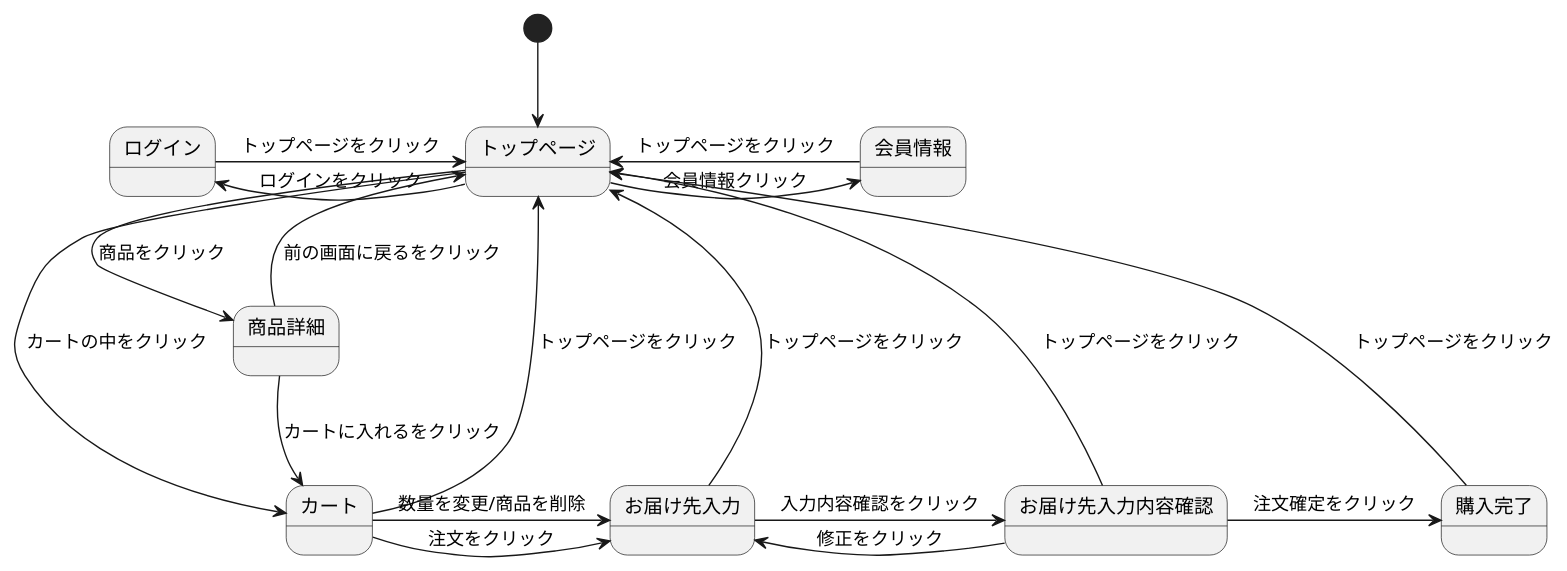
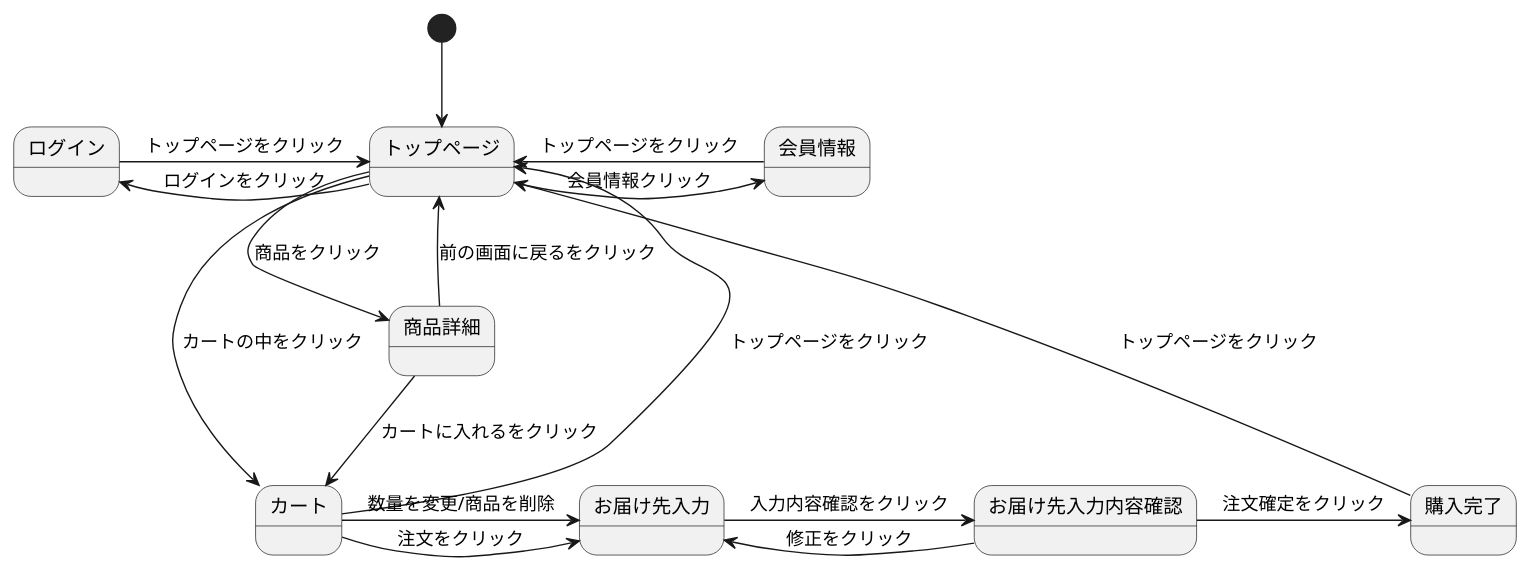
The diagram in test.md (Aso2001413/2021sys-design), drawn with PlantUML before and after one commit.

````diff
--- a/test.md
+++ b/test.md
@@ -1,23 +1,21 @@
 ```uml
 @startuml
 [*] --> トップページ
 トップページ -> 会員情報 : 会員情報クリック
 トップページ -left-> ログイン : ログインをクリック
 トップページ --> 商品詳細 : 商品をクリック
 トップページ --> カート : カートの中をクリック
 ログイン -> トップページ : トップページをクリック
 商品詳細 --> カート : カートに入れるをクリック
 商品詳細 --> トップページ : 前の画面に戻るをクリック
 会員情報 -> トップページ : トップページをクリック
 カート -> トップページ : トップページをクリック
 カート -> お届け先入力 : 注文をクリック
 カート -> お届け先入力 : 数量を変更/商品を削除
-お届け先入力 -> トップページ : トップページをクリック
 お届け先入力 -> お届け先入力内容確認 : 入力内容確認をクリック
-お届け先入力内容確認 -> トップページ : トップページをクリック
 お届け先入力内容確認 -> お届け先入力 : 修正をクリック
 お届け先入力内容確認 -> 購入完了 : 注文確定をクリック
 購入完了 -> トップページ : トップページをクリック
 @enduml
 
 ```
````
